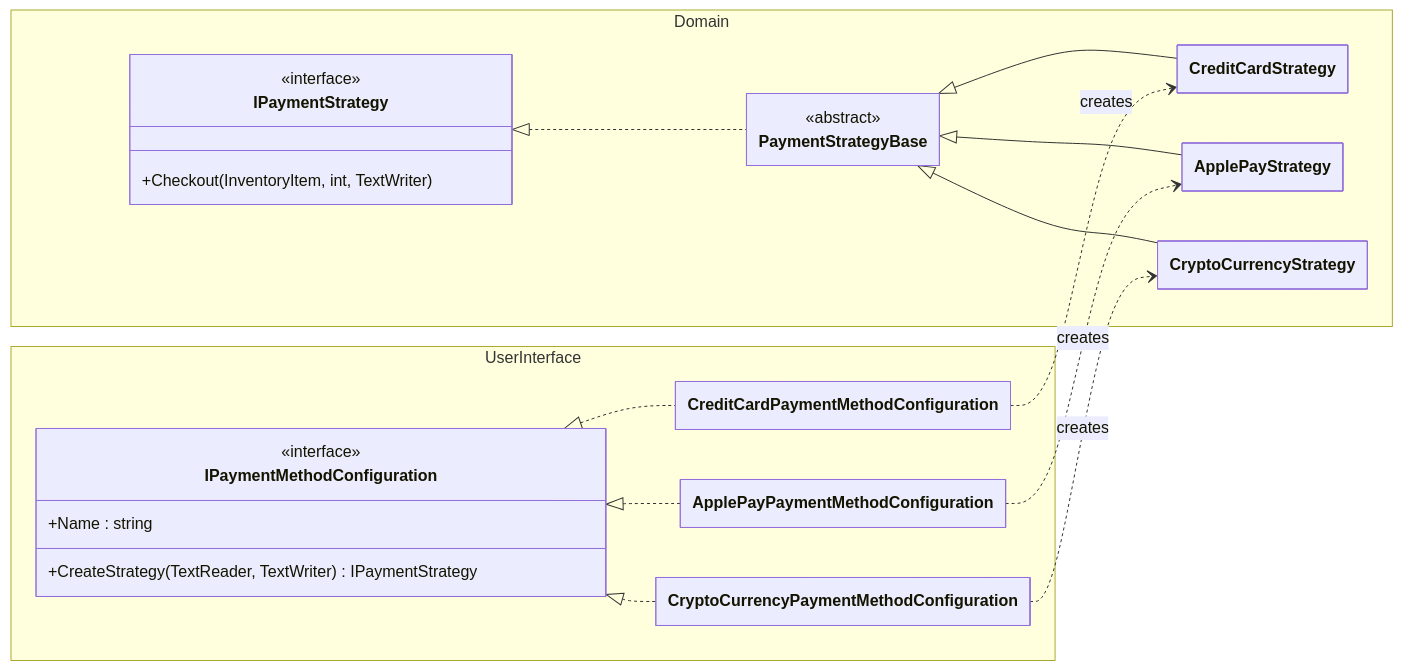
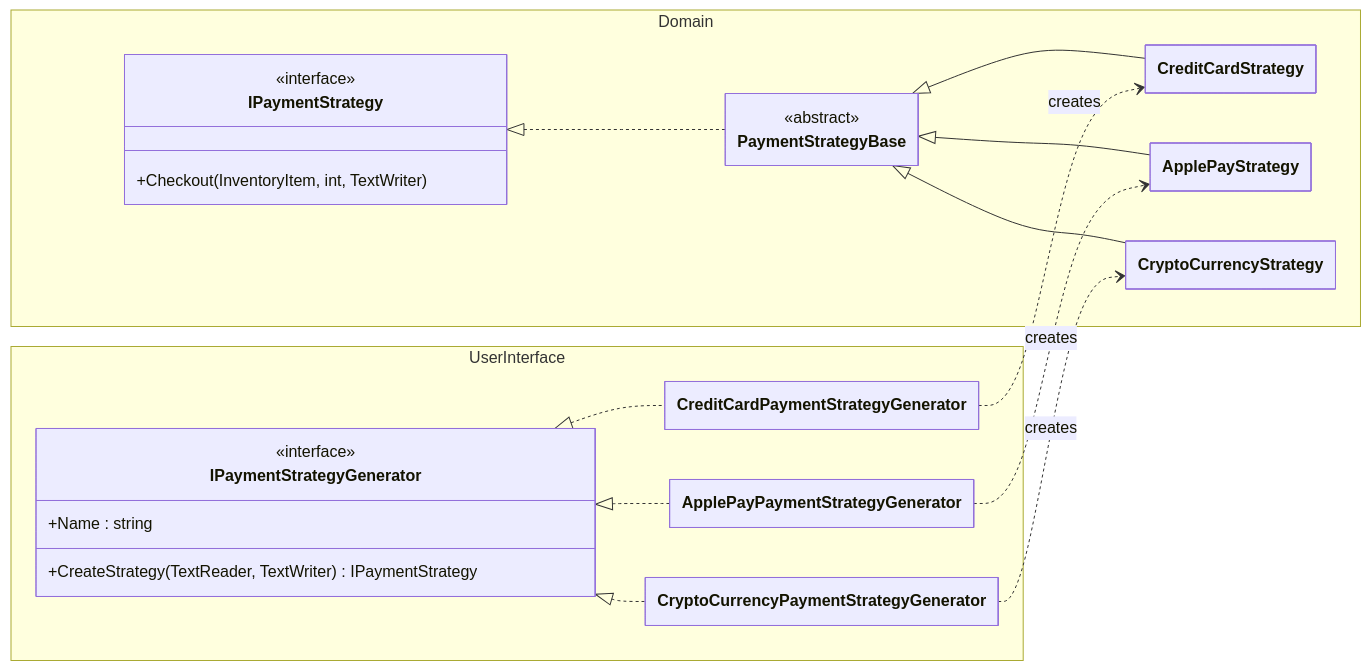
Before and after one commit to jeff-adkisson/swe-4743-spring-2026-oo-design: the third of 3 diagrams in assignments/assignment-2-solution/src-csharp/README.md, drawn with Mermaid. The commit also changed other lines of this file and 14 other files, not shown here.

````diff
--- a/assignments/assignment-2-solution/src-csharp/README.md
+++ b/assignments/assignment-2-solution/src-csharp/README.md
@@ -261,43 +252,43 @@
 ```mermaid
 ---
 config:
   class:
     hideEmptyMembersBox: true
 ---
 classDiagram
     direction LR
     namespace UserInterface {
-        class IPaymentMethodConfiguration {
+        class IPaymentStrategyGenerator {
             <<interface>>
             +Name : string
             +CreateStrategy(TextReader, TextWriter) IPaymentStrategy
         }
-        class CreditCardPaymentMethodConfiguration
-        class ApplePayPaymentMethodConfiguration
-        class CryptoCurrencyPaymentMethodConfiguration
+        class CreditCardPaymentStrategyGenerator
+        class ApplePayPaymentStrategyGenerator
+        class CryptoCurrencyPaymentStrategyGenerator
     }
 
     namespace Domain {
         class IPaymentStrategy {
             <<interface>>
             +Checkout(InventoryItem, int, TextWriter)
         }
         class PaymentStrategyBase { <<abstract>> }
         class CreditCardStrategy
         class ApplePayStrategy
         class CryptoCurrencyStrategy
     }
     
-    IPaymentMethodConfiguration <|.. CreditCardPaymentMethodConfiguration
-    IPaymentMethodConfiguration <|.. ApplePayPaymentMethodConfiguration
-    IPaymentMethodConfiguration <|.. CryptoCurrencyPaymentMethodConfiguration
+    IPaymentStrategyGenerator <|.. CreditCardPaymentStrategyGenerator
+    IPaymentStrategyGenerator <|.. ApplePayPaymentStrategyGenerator
+    IPaymentStrategyGenerator <|.. CryptoCurrencyPaymentStrategyGenerator
     
     IPaymentStrategy <|.. PaymentStrategyBase
     PaymentStrategyBase <|-- CreditCardStrategy
     PaymentStrategyBase <|-- ApplePayStrategy
     PaymentStrategyBase <|-- CryptoCurrencyStrategy
     
-    CreditCardPaymentMethodConfiguration ..> CreditCardStrategy : creates
-    ApplePayPaymentMethodConfiguration ..> ApplePayStrategy : creates
-    CryptoCurrencyPaymentMethodConfiguration ..> CryptoCurrencyStrategy : creates
+    CreditCardPaymentStrategyGenerator ..> CreditCardStrategy : creates
+    ApplePayPaymentStrategyGenerator ..> ApplePayStrategy : creates
+    CryptoCurrencyPaymentStrategyGenerator ..> CryptoCurrencyStrategy : creates
 ```
````
